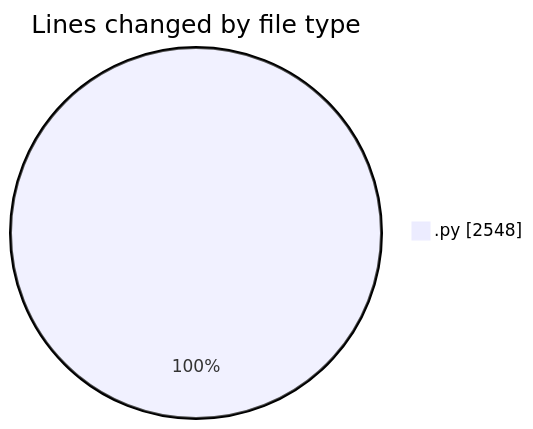
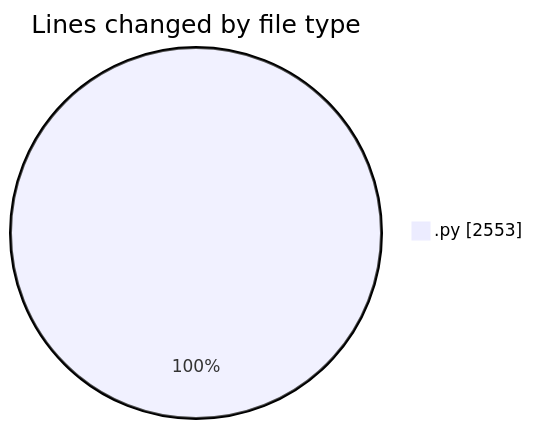
One commit to Ritupan-Deka/code-tracking changed the first of 2 diagrams in 2026-01-11/dsa/README.md. Above: the diagram before and after it, drawn with Mermaid. The commit also changed other lines of this file and 1 other file, not shown here.

````diff
--- a/2026-01-11/dsa/README.md
+++ b/2026-01-11/dsa/README.md
@@ -21,5 +21,5 @@
 ```mermaid
 pie showData
 title Lines changed by file type
-".py" : 2548
+".py" : 2553
 ```
````
